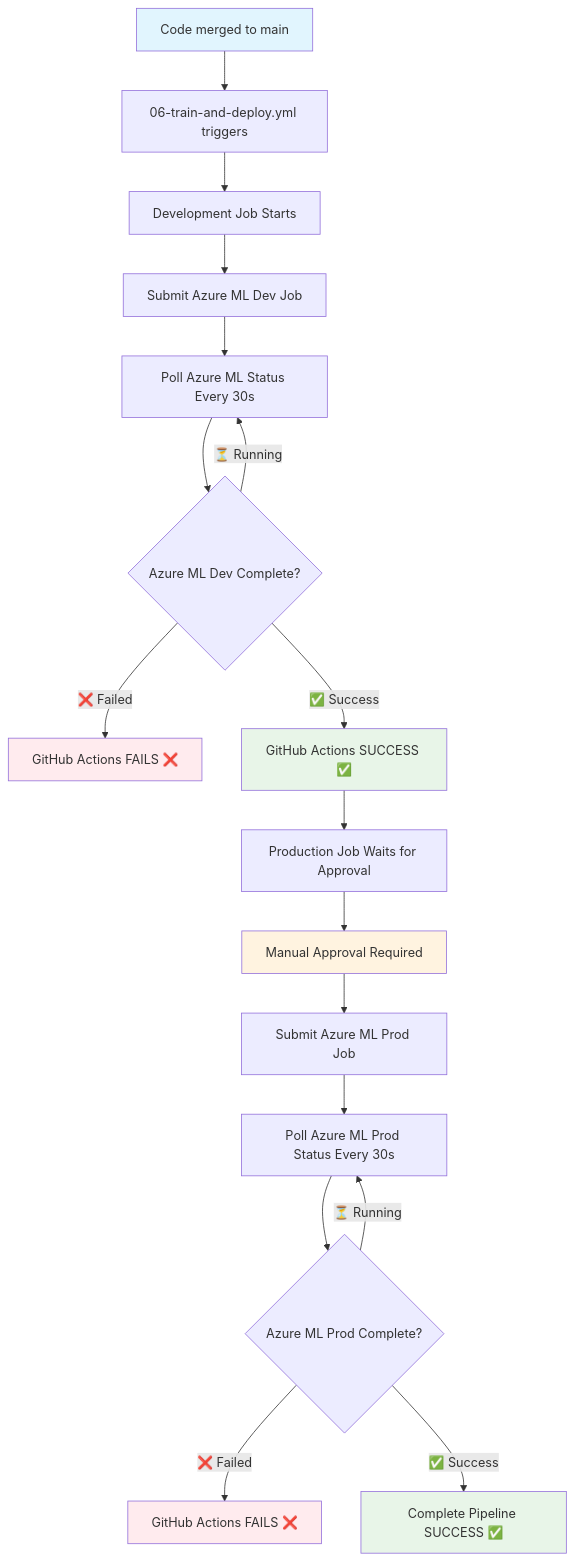
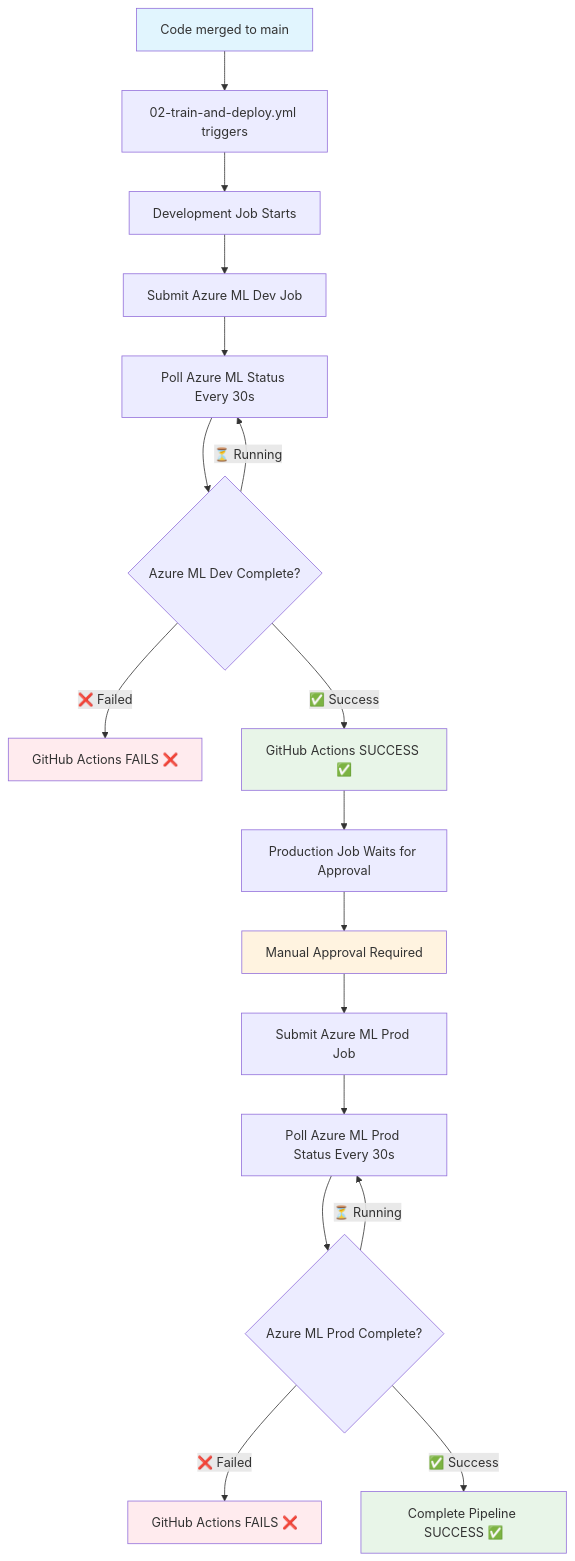
Before and after one commit to VANQUOC81/experiment-mlops: the second of 2 diagrams in documentation/README.md, drawn with Mermaid. The commit also changed other lines of this file and 15 other files, not shown here.

````diff
--- a/documentation/README.md
+++ b/documentation/README.md
@@ -185,26 +185,26 @@
 ```mermaid
 graph TD
-    H[Code merged to main] --> I[06-train-and-deploy.yml triggers]
+    H[Code merged to main] --> I[02-train-and-deploy.yml triggers]
     I --> J[Development Job Starts]
     J --> K[Submit Azure ML Dev Job]
     K --> L[Poll Azure ML Status Every 30s]
     L --> M{Azure ML Dev Complete?}
     M -->|❌ Failed| N[GitHub Actions FAILS ❌]
     M -->|⏳ Running| L
     M -->|✅ Success| O[GitHub Actions SUCCESS ✅]
     O --> P[Production Job Waits for Approval]
     P --> Q[Manual Approval Required]
     Q --> R[Submit Azure ML Prod Job]
     R --> S[Poll Azure ML Prod Status Every 30s]
     S --> T{Azure ML Prod Complete?}
     T -->|❌ Failed| U[GitHub Actions FAILS ❌]
     T -->|⏳ Running| S
     T -->|✅ Success| V[Complete Pipeline SUCCESS ✅]
     
     style H fill:#e1f5fe
     style N fill:#ffebee
     style U fill:#ffebee
     style O fill:#e8f5e8
     style V fill:#e8f5e8
     style Q fill:#fff3e0
 ```
````
